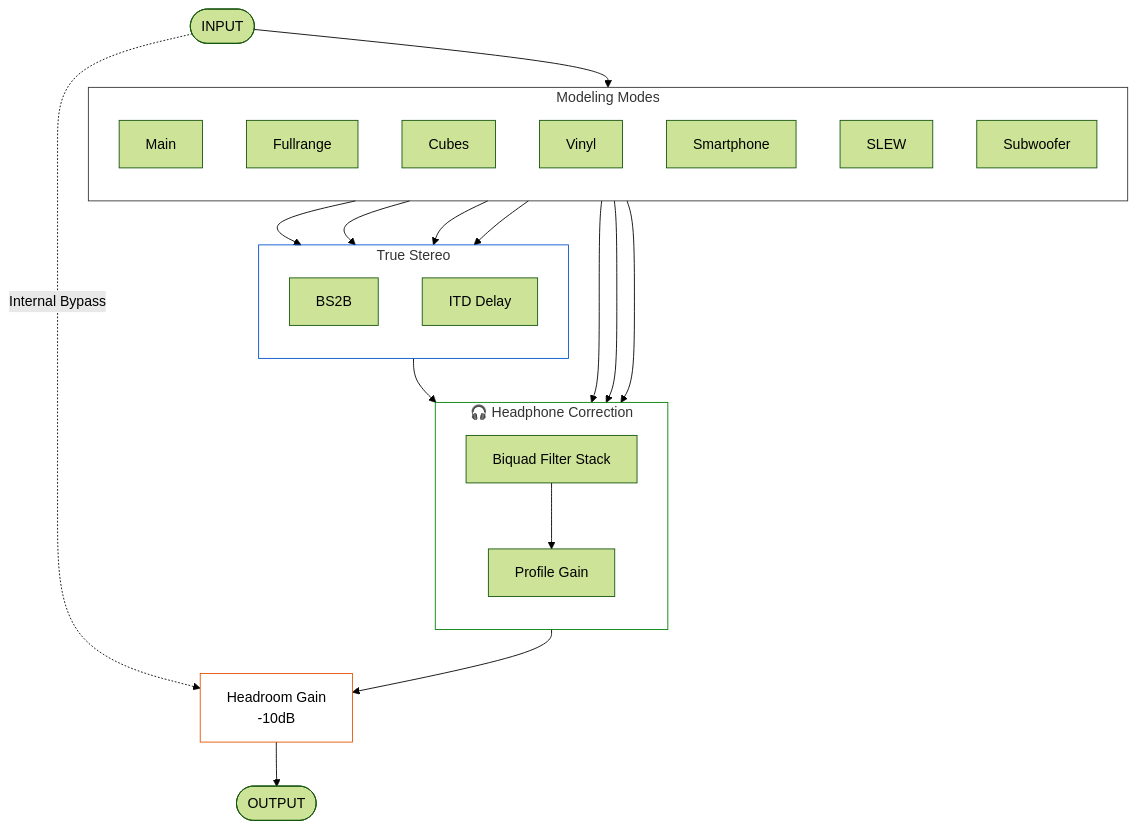
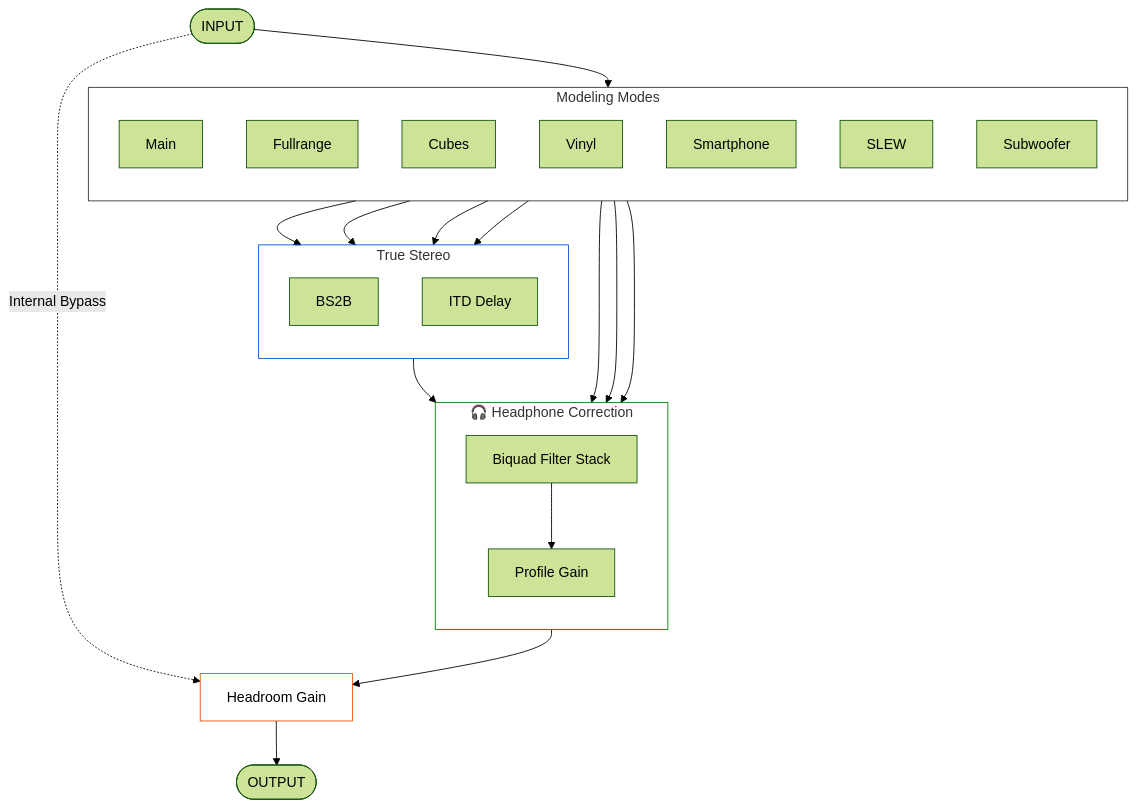
The diagram in README.md (Ilya-audio/roof_control), drawn with Mermaid (forest theme) before and after one commit.

````diff
--- a/README.md
+++ b/README.md
@@ -160,63 +160,63 @@
 ```mermaid
 graph TD
 
 
     Input([INPUT])
     
     %% Основные блоки
     subgraph Modeling [" Modeling Modes "]
         direction TB
         M1[Main]
         M2[Fullrange]
         M3[Cubes]
         M4[Vinyl]
         M5[Smartphone]
         M6[SLEW]
         M7[Subwoofer]
     end
 
     subgraph TrueStereo [" True Stereo "]
         direction TB
         TS1[BS2B]
         TS2[ITD Delay]
     end
 
     subgraph Correction ["🎧 Headphone Correction "]
         direction TB
         C1[Biquad Filter Stack]
         C2[Profile Gain]
     end
 
-    HG[Headroom Gain <br/> -10dB]
+    HG[Headroom Gain <br/>]
     Output([OUTPUT])
 
     %% Логика маршрутизации
     
     %% Вход в блок моделирования
     Input --> Modeling
     
     %% 1. Эти режимы проходят через True Stereo
     M1 & M2 & M3 & M4 --> TrueStereo
     
     %% 2. Эти режимы идут сразу в коррекцию (минуя True Stereo)
     M5 & M6 & M7 --> Correction
 
     %% Связь после стерео в коррекцию
     TrueStereo --> Correction
     C1 --> C2
     
     %% Ветка DSP идет в Headroom Gain
     C2 --> HG
     
     %% Ветка Байпаса (пунктиром) тоже идет в Headroom Gain
     Input -.->|Internal Bypass| HG
 
     %% Финал
     HG --> Output
 
 %% Стилизация (убираем заливку)
     style Modeling fill:none,stroke:#333
     style TrueStereo fill:none,stroke:#0052cc
     style Correction fill:none,stroke:#008000
     style HG fill:none,stroke:#e65100
 ```
````
